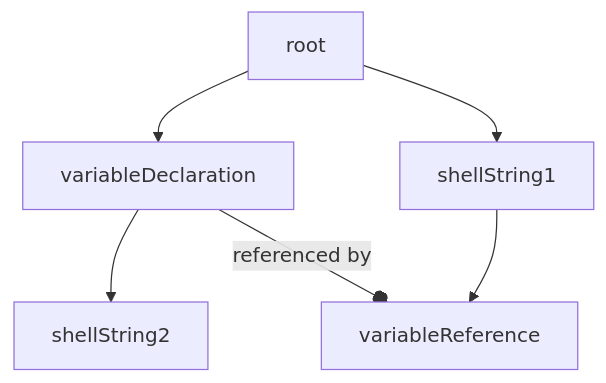
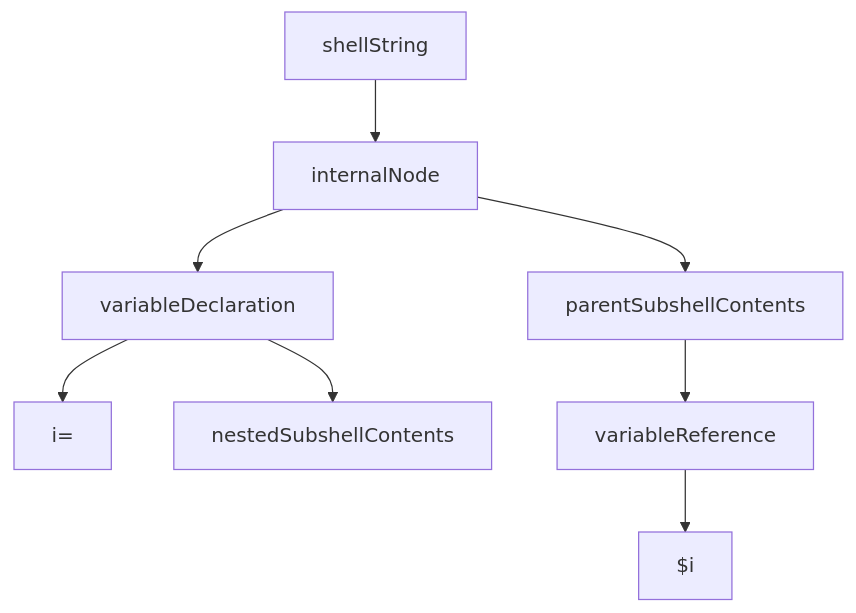
The second of 2 diagrams in documentation/contributing/unnest.md (michael-amiethyst/homebrew-core), drawn with Mermaid before and after one commit. The commit also changed other lines of this file and 1 other file, not shown here.

````diff
--- a/documentation/contributing/unnest.md
+++ b/documentation/contributing/unnest.md
@@ -20,8 +32,10 @@
 ```mermaid
 graph TD;
-    root --> variableDeclaration
-    variableDeclaration --> shellString2
-    variableDeclaration -- referenced by --ovariableReference
-    root --> shellString1
-    shellString1 --> variableReference
+    shellString --> internalNode
+    internalNode --> variableDeclaration
+    variableDeclaration --> id["i="]
+    variableDeclaration --> nestedSubshellContents
+    internalNode --> parentSubshellContents
+    parentSubshellContents --> variableReference
+    variableReference --> i["$i"]
 ```
````
